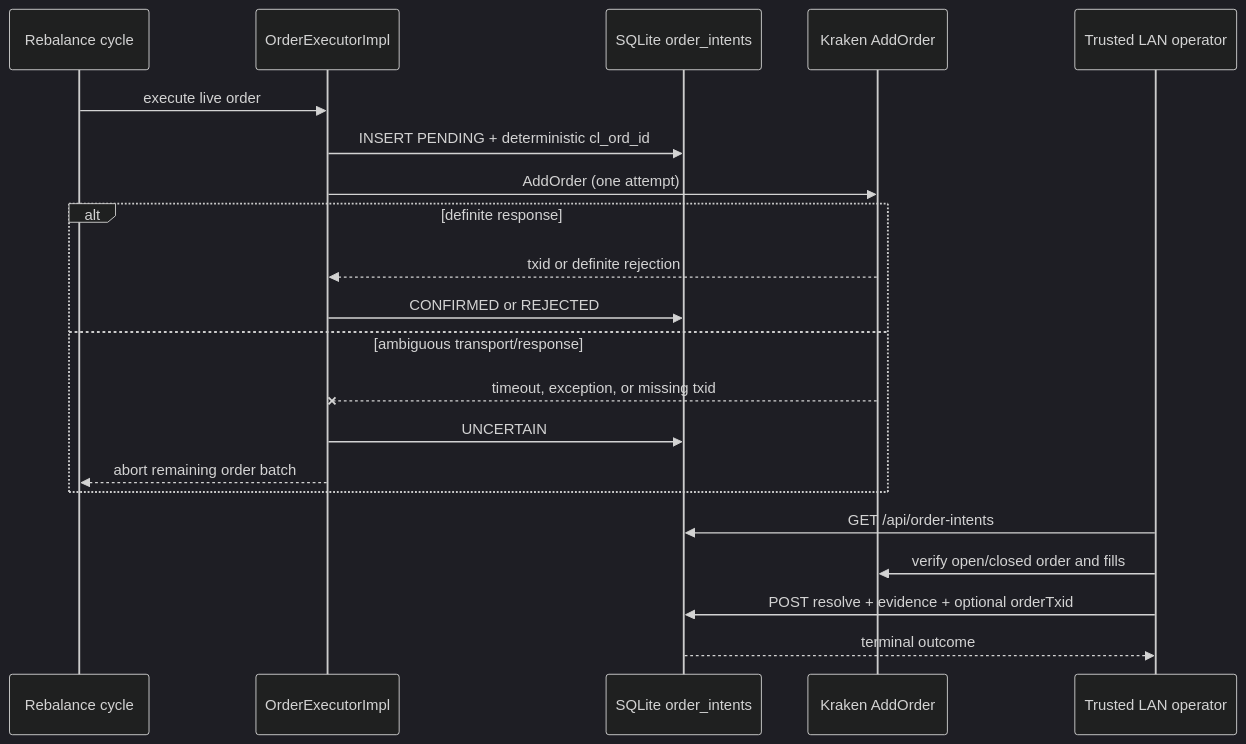
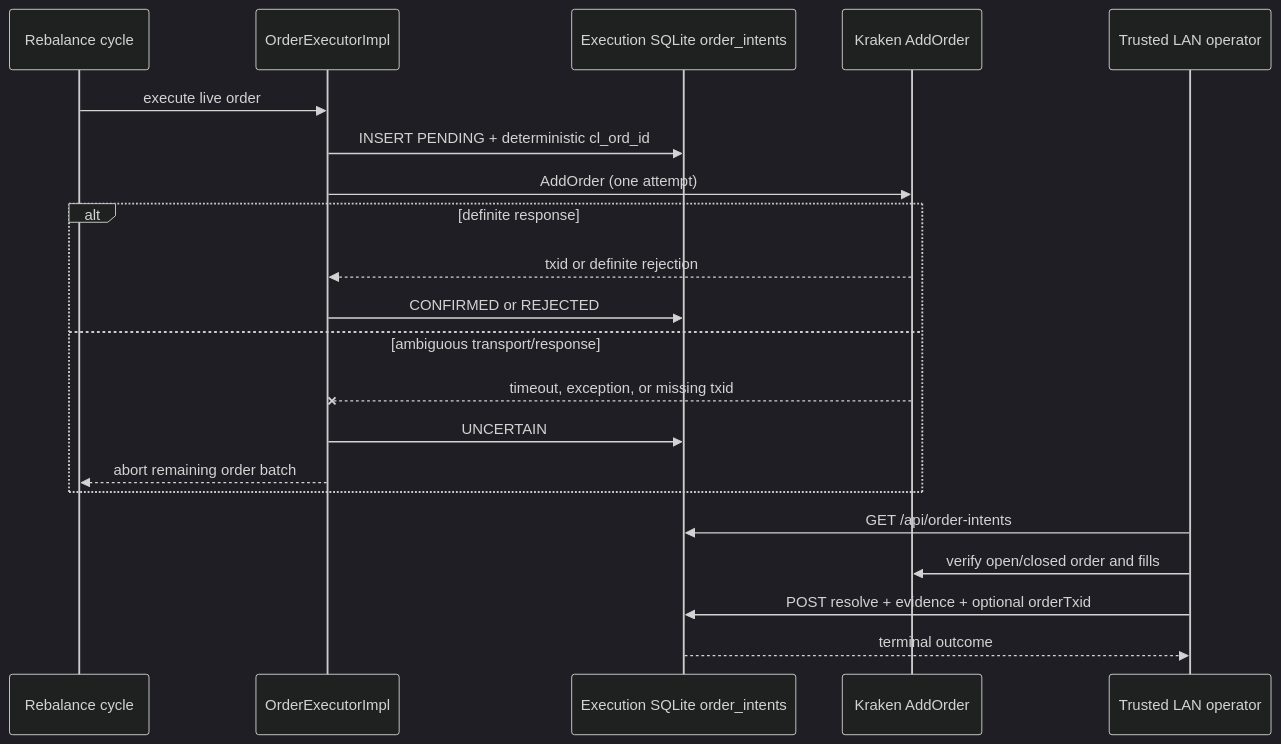
One commit to HyperVon/new-kraken-rebalancer changed the fifth of 8 diagrams in docs/FLOWS.md. Above: the diagram before and after it, drawn with Mermaid (dark theme). The commit also changed other lines of this file and 79 other files, not shown here.

````diff
--- a/docs/FLOWS.md
+++ b/docs/FLOWS.md
@@ -301,24 +322,24 @@
 ```mermaid
 sequenceDiagram
     participant Cycle as Rebalance cycle
     participant Executor as OrderExecutorImpl
-    participant Journal as SQLite order_intents
+    participant Journal as Execution SQLite order_intents
     participant Kraken as Kraken AddOrder
     participant Operator as Trusted LAN operator
 
     Cycle->>Executor: execute live order
     Executor->>Journal: INSERT PENDING + deterministic cl_ord_id
     Executor->>Kraken: AddOrder (one attempt)
     alt definite response
         Kraken-->>Executor: txid or definite rejection
         Executor->>Journal: CONFIRMED or REJECTED
     else ambiguous transport/response
         Kraken--xExecutor: timeout, exception, or missing txid
         Executor->>Journal: UNCERTAIN
         Executor-->>Cycle: abort remaining order batch
     end
     Operator->>Journal: GET /api/order-intents
     Operator->>Kraken: verify open/closed order and fills
     Operator->>Journal: POST resolve + evidence + optional orderTxid
     Journal-->>Operator: terminal outcome
 ```
````
